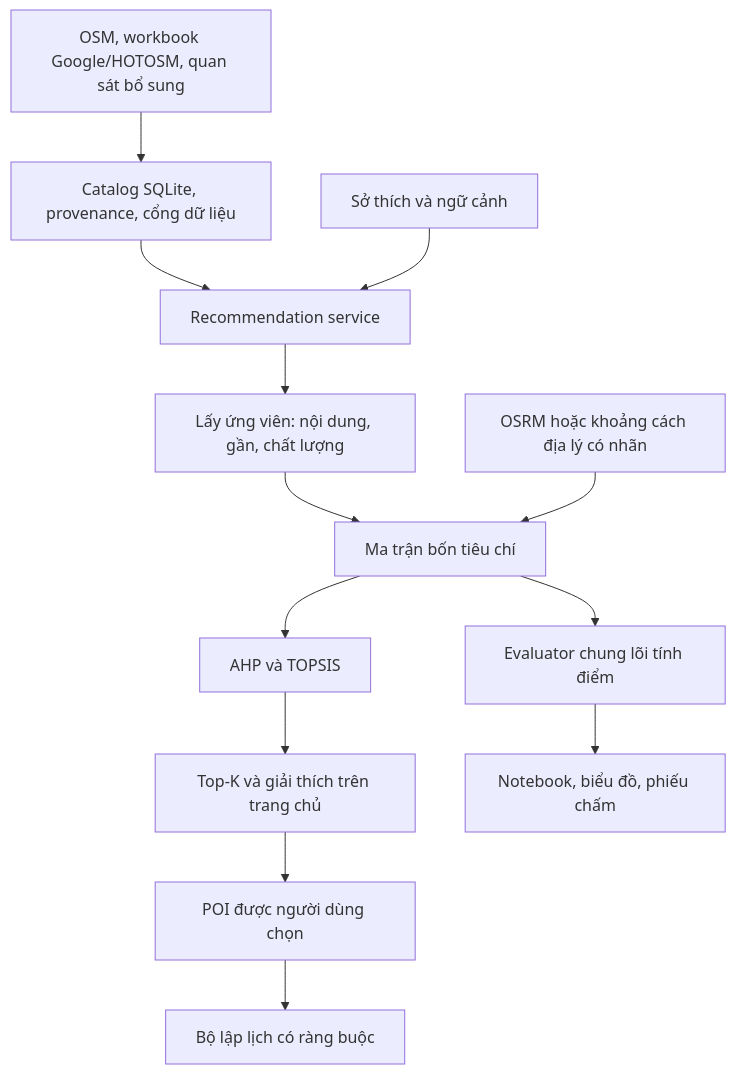
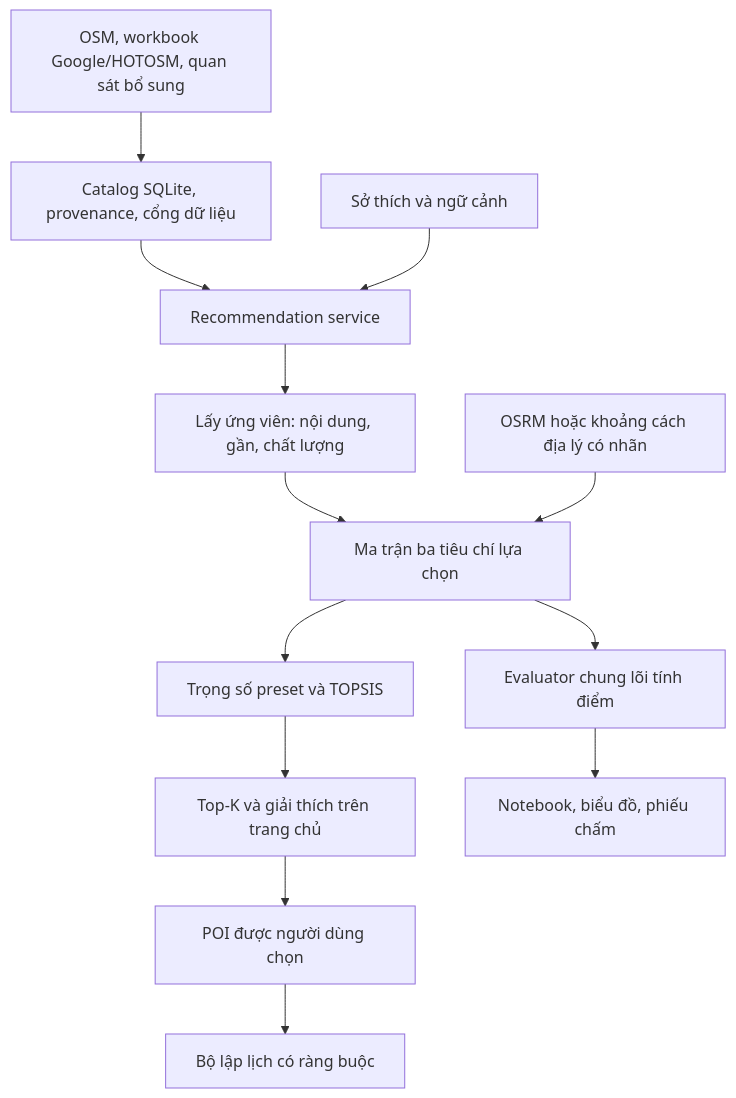
One commit to thepiece27/where2go-dss changed the second of 3 diagrams in docs/bao_cao_du_an_poi.md. Above: the diagram before and after it, drawn with Mermaid. The commit also changed other lines of this file and 65 other files, not shown here.

````diff
--- a/docs/bao_cao_du_an_poi.md
+++ b/docs/bao_cao_du_an_poi.md
@@ -83,15 +85,15 @@
 ```mermaid
 flowchart TD
     S[OSM, workbook Google/HOTOSM, quan sát bổ sung] --> C[Catalog SQLite, provenance, cổng dữ liệu]
     C --> R[Recommendation service]
     Q[Sở thích và ngữ cảnh] --> R
     R --> A[Lấy ứng viên: nội dung, gần, chất lượng]
-    A --> M[Ma trận bốn tiêu chí]
+    A --> M[Ma trận ba tiêu chí lựa chọn]
     O[OSRM hoặc khoảng cách địa lý có nhãn] --> M
-    M --> T[AHP và TOPSIS]
+    M --> T[Trọng số preset và TOPSIS]
     T --> W[Top-K và giải thích trên trang chủ]
     M --> E[Evaluator chung lõi tính điểm]
     E --> N[Notebook, biểu đồ, phiếu chấm]
     W --> P[POI được người dùng chọn]
     P --> L[Bộ lập lịch có ràng buộc]
 ```
````
